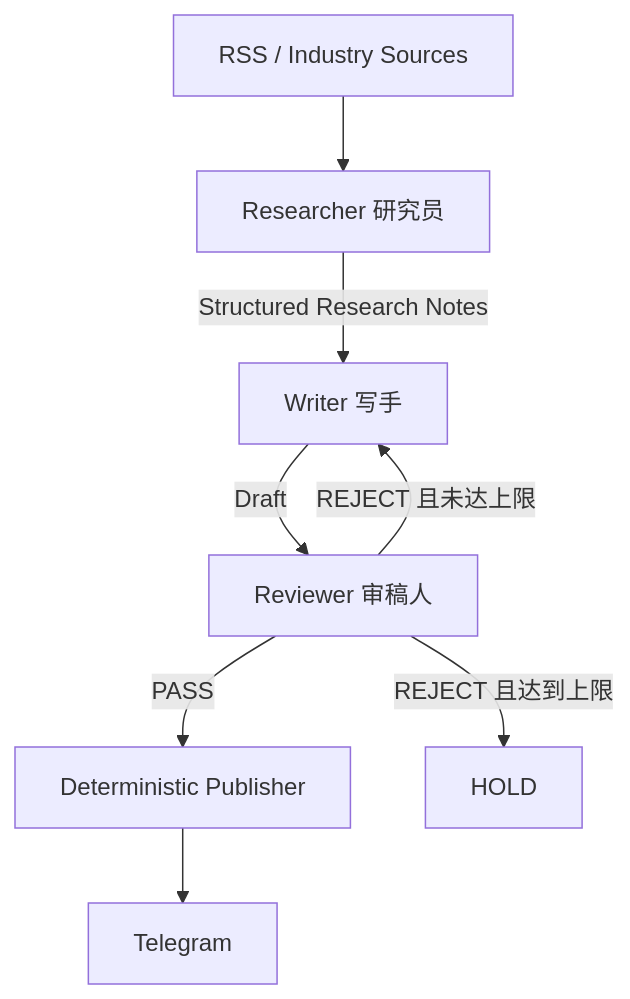
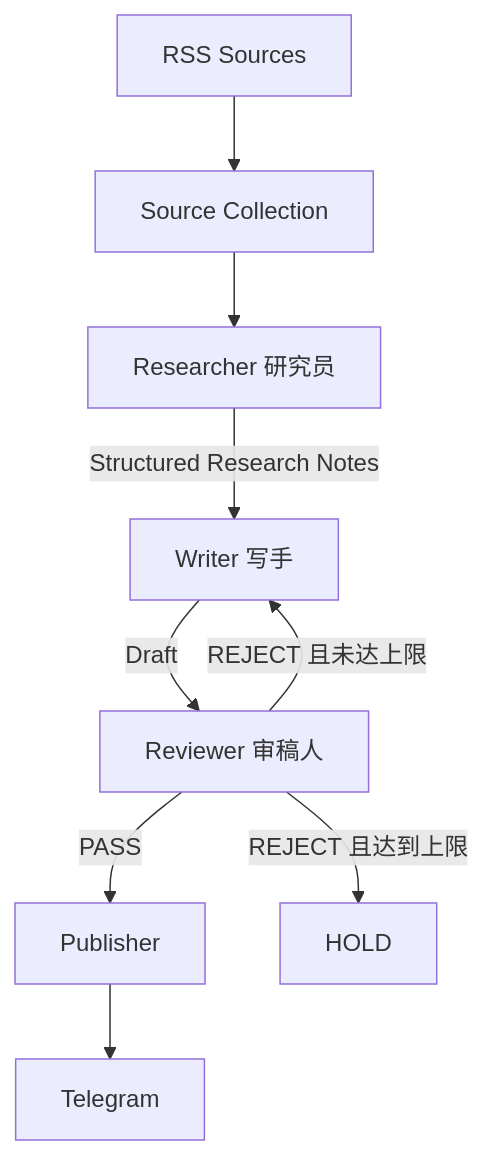
One commit to MartinKuai/chip-news-ai-workflow changed the diagram in README.md. Above: the diagram before and after it, drawn with Mermaid. The commit also changed other lines of this file and 8 other files, not shown here.

Commit message:
fix: harden RSS collection and simplify docs

````diff
--- a/README.md
+++ b/README.md
@@ -11,10 +15,11 @@
 ```mermaid
 flowchart TD
-    A[RSS / Industry Sources] --> B[Researcher 研究员]
-    B -->|Structured Research Notes| C[Writer 写手]
-    C -->|Draft| D[Reviewer 审稿人]
-    D -->|PASS| E[Deterministic Publisher]
-    D -->|REJECT 且未达上限| C
-    D -->|REJECT 且达到上限| F[HOLD]
-    E --> G[Telegram]
+    A[RSS Sources] --> B[Source Collection]
+    B --> C[Researcher 研究员]
+    C -->|Structured Research Notes| D[Writer 写手]
+    D -->|Draft| E[Reviewer 审稿人]
+    E -->|PASS| F[Publisher]
+    E -->|REJECT 且未达上限| D
+    E -->|REJECT 且达到上限| G[HOLD]
+    F --> H[Telegram]
 ```
````
